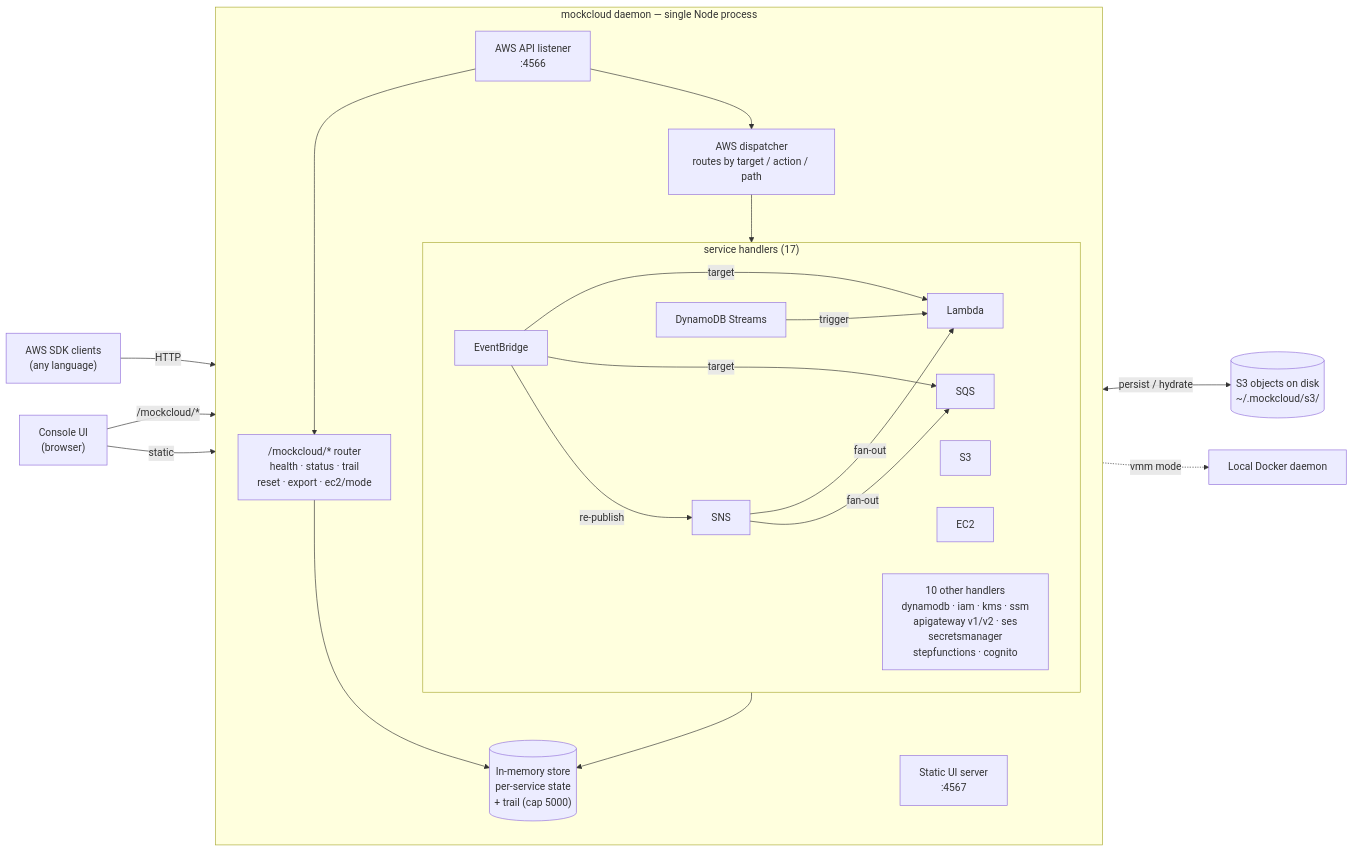
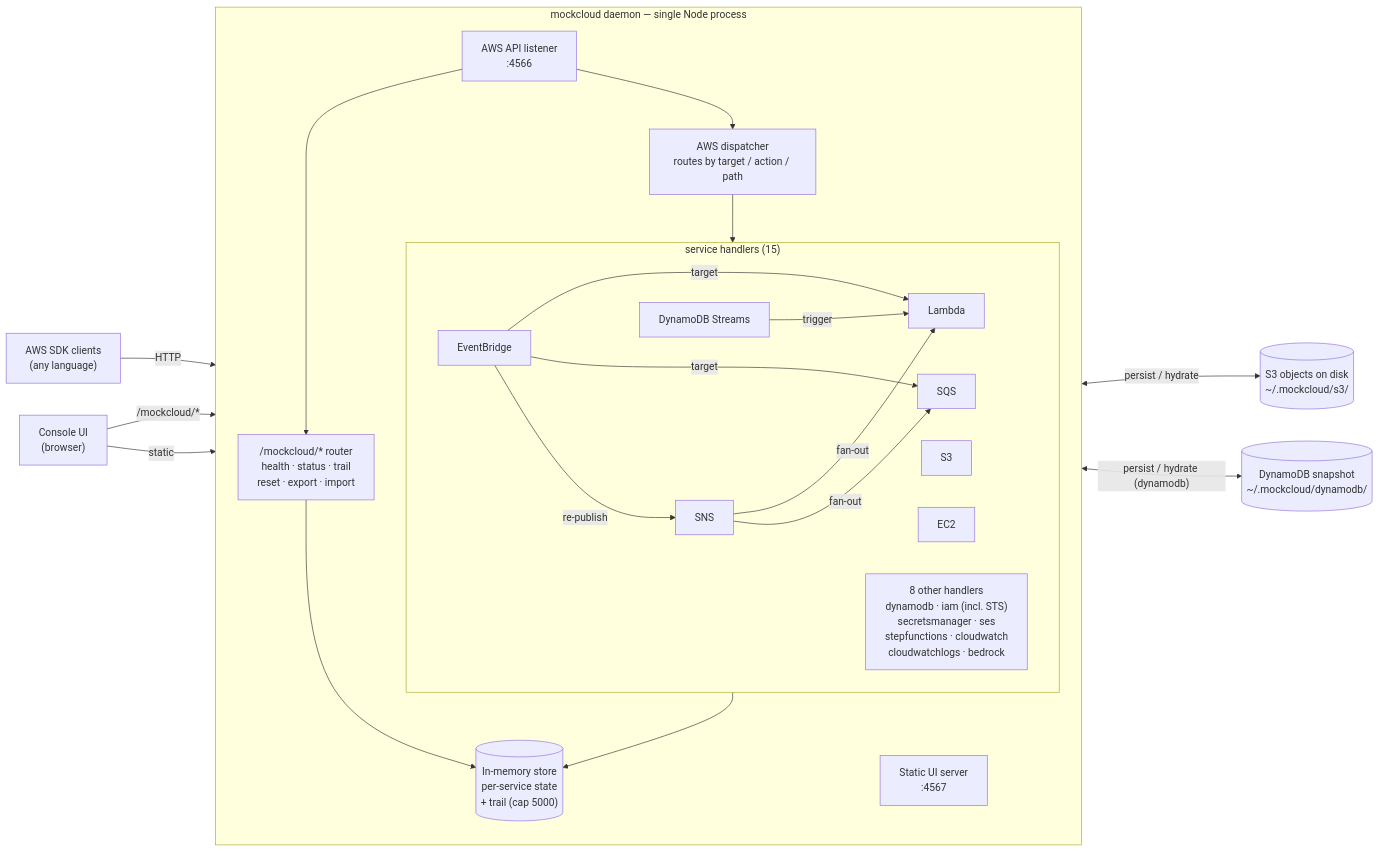
Before and after one commit to mockcloud/mockcloud: the diagram in README.md, drawn with Mermaid. The commit also changed other lines of this file and 33 other files, not shown here.

````diff
--- a/README.md
+++ b/README.md
@@ -230,52 +237,52 @@
 ```mermaid
 flowchart LR
     sdk["AWS SDK clients<br/>(any language)"]
     browser["Console UI<br/>(browser)"]
 
     subgraph daemon["mockcloud daemon — single Node process"]
         direction TB
         ui4567["Static UI server<br/>:4567"]
         aws4566["AWS API listener<br/>:4566"]
 
-        internal["/mockcloud/* router<br/>health · status · trail<br/>reset · export · ec2/mode"]
+        internal["/mockcloud/* router<br/>health · status · trail<br/>reset · export · import"]
         dispatcher["AWS dispatcher<br/>routes by target / action / path"]
 
-        subgraph services["service handlers (17)"]
+        subgraph services["service handlers (15)"]
             direction LR
             sns["SNS"]
             eb["EventBridge"]
             ddbs["DynamoDB Streams"]
             lambda["Lambda"]
             sqs["SQS"]
             s3svc["S3"]
             ec2svc["EC2"]
-            others["10 other handlers<br/>dynamodb · iam · kms · ssm<br/>apigateway v1/v2 · ses<br/>secretsmanager<br/>stepfunctions · cognito"]
+            others["8 other handlers<br/>dynamodb · iam (incl. STS)<br/>secretsmanager · ses<br/>stepfunctions · cloudwatch<br/>cloudwatchlogs · bedrock"]
         end
 
         store[("In-memory store<br/>per-service state<br/>+ trail (cap 5000)")]
     end
 
     disk[("S3 objects on disk<br/>~/.mockcloud/s3/")]
-    docker["Local Docker daemon"]
+    ddbdisk[("DynamoDB snapshot<br/>~/.mockcloud/dynamodb/")]
 
     sdk -->|HTTP| aws4566
     browser -->|"/mockcloud/*"| aws4566
     browser -->|static| ui4567
 
     aws4566 --> internal
     aws4566 --> dispatcher
     internal --> store
 
     dispatcher --> services
     services --> store
 
     sns -->|fan-out| lambda
     sns -->|fan-out| sqs
     eb -->|target| lambda
     eb -->|target| sqs
     eb -->|re-publish| sns
     ddbs -->|trigger| lambda
 
     s3svc <-->|persist / hydrate| disk
-    ec2svc -. "vmm mode" .-> docker
+    others <-->|"persist / hydrate (dynamodb)"| ddbdisk
 ```
````
